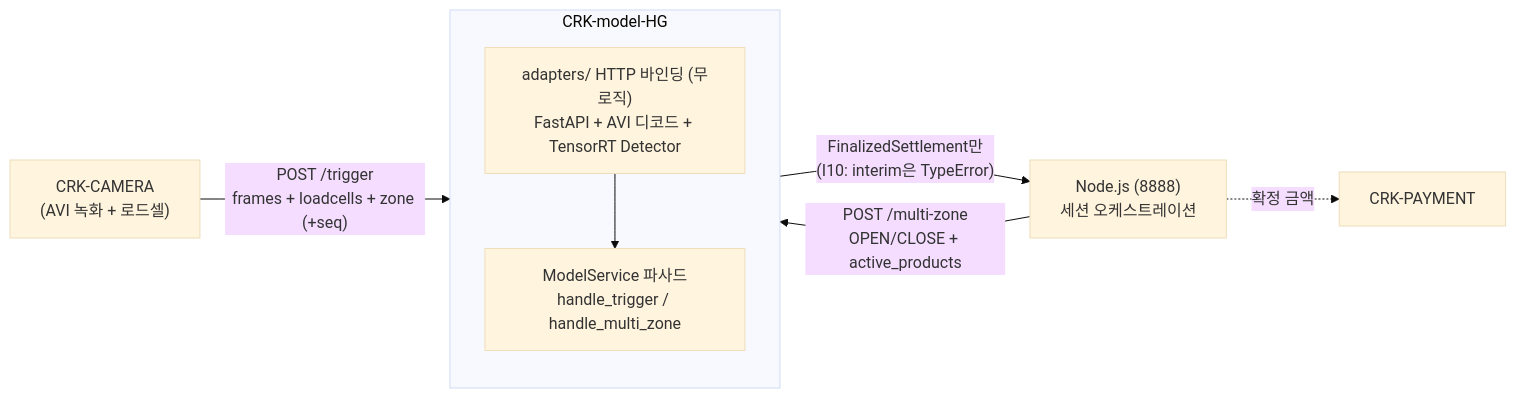
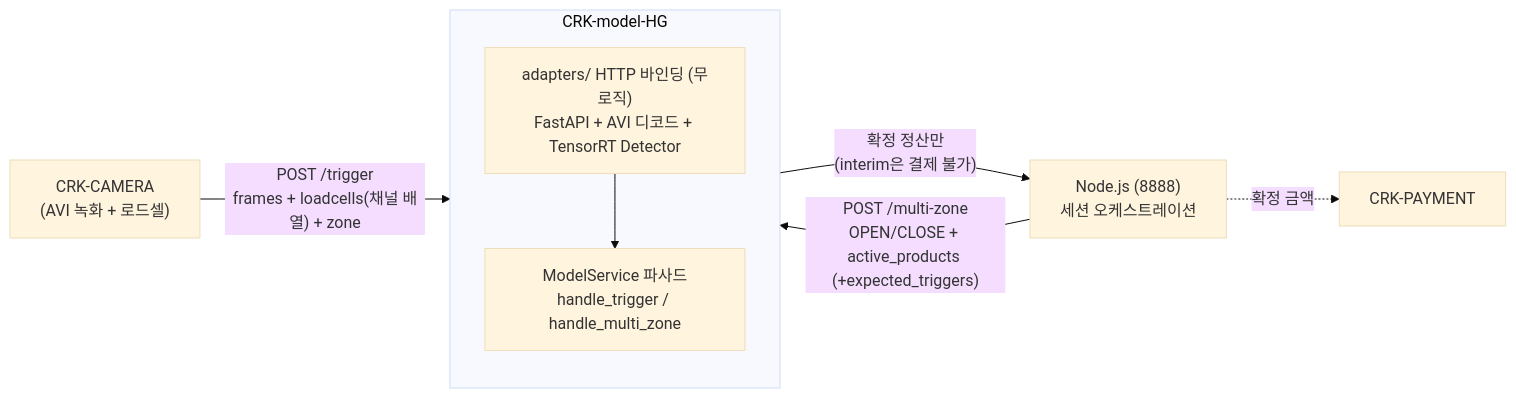
The third of 4 diagrams in README.md (CHAI-Student/CRK-model-HG), drawn with Mermaid (base theme) before and after one commit. The commit also changed other lines of this file and 3 other files, not shown here.

````diff
--- a/README.md
+++ b/README.md
@@ -290,17 +481,17 @@
 ```mermaid
 flowchart LR
     CAM["CRK-CAMERA<br/>(AVI 녹화 + 로드셀)"]
     NODE["Node.js (8888)<br/>세션 오케스트레이션"]
     subgraph HG["CRK-model-HG"]
         direction TB
         ADPT["adapters/ HTTP 바인딩 (무로직)<br/>FastAPI + AVI 디코드 + TensorRT Detector"]
         FAC["ModelService 파사드<br/>handle_trigger / handle_multi_zone"]
         ADPT --> FAC
     end
     PAY["CRK-PAYMENT"]
 
-    CAM -- "POST /trigger<br/>frames + loadcells + zone (+seq)" --> ADPT
-    NODE -- "POST /multi-zone<br/>OPEN/CLOSE + active_products" --> ADPT
-    FAC -- "FinalizedSettlement만<br/>(I10: interim은 TypeError)" --> NODE
+    CAM -- "POST /trigger<br/>frames + loadcells(채널 배열) + zone" --> ADPT
+    NODE -- "POST /multi-zone<br/>OPEN/CLOSE + active_products (+expected_triggers)" --> ADPT
+    FAC -- "확정 정산만<br/>(interim은 결제 불가)" --> NODE
     NODE -. "확정 금액" .-> PAY
 ```
````
